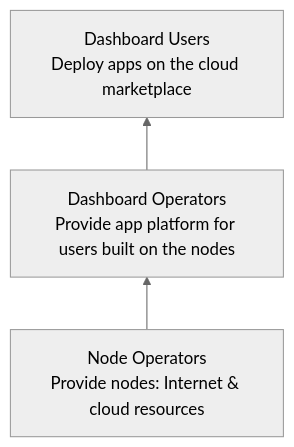
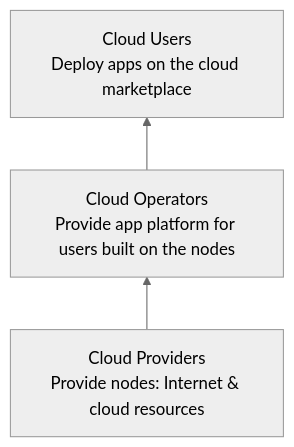
Before and after one commit to mik-tf/tfcloud-marketplace: the diagram in frontend/src/docs/welcome.md, drawn with Mermaid (neutral theme). The commit also changed other lines of this file and 14 other files, not shown here.

````diff
--- a/frontend/src/docs/welcome.md
+++ b/frontend/src/docs/welcome.md
@@ -5,13 +5,13 @@
 ```mermaid
 graph BT
-  NO["Node Operators<br/>Provide nodes: Internet & cloud resources"]
-  DO["Dashboard Operators<br/>Provide app platform for users built on the nodes"]
-  DU["Dashboard Users<br/>Deploy apps on the cloud marketplace"]
+  CP["Cloud Providers<br/>Provide nodes: Internet & cloud resources"]
+  CO["Cloud Operators<br/>Provide app platform for users built on the nodes"]
+  CU["Cloud Users<br/>Deploy apps on the cloud marketplace"]
 
-  NO --> DO
-  DO --> DU
+  CP --> CO
+  CO --> CU
 
-  click NO "/docs/node-operator"
-  click DO "/docs/dashboard-operator"
-  click DU "/docs/dashboard-user"
+  click CP "/docs/cloud-provider"
+  click CO "/docs/cloud-operator"
+  click CU "/docs/cloud-user"
 ```
````
